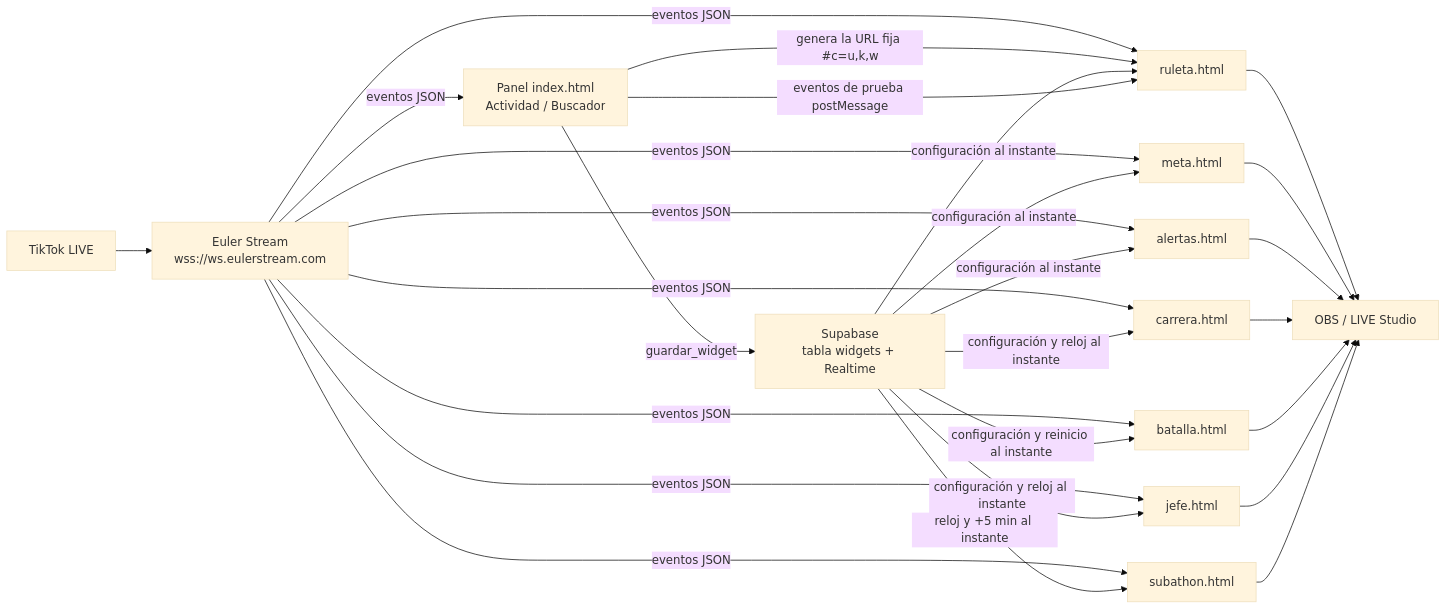
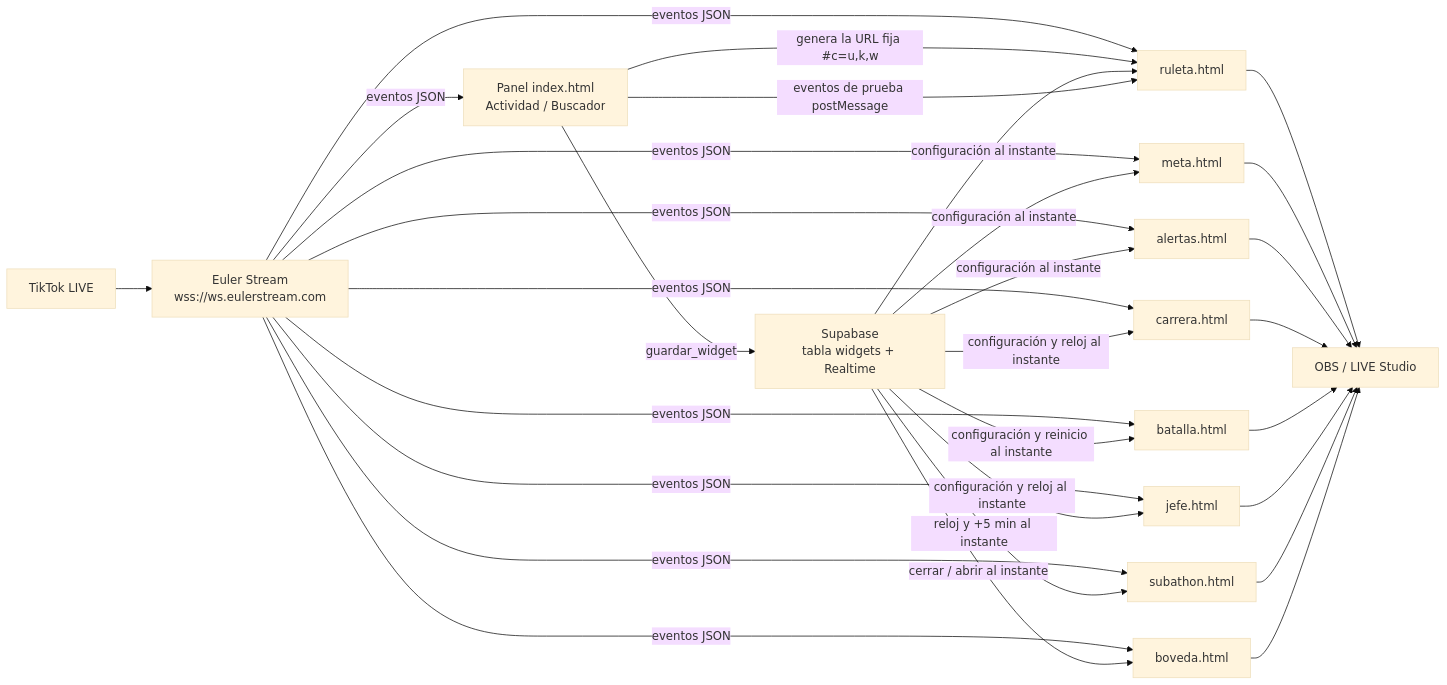
The first of 2 diagrams in README.md (ardiladev/live-tools), drawn with Mermaid (base theme) before and after one commit. The commit also changed other lines of this file and 6 other files, not shown here.

````diff
--- a/README.md
+++ b/README.md
@@ -119,29 +121,32 @@
 ```mermaid
 flowchart LR
   TT[TikTok LIVE] --> EU[Euler Stream<br/>wss://ws.eulerstream.com]
   EU -->|eventos JSON| W1[ruleta.html]
   EU -->|eventos JSON| W2[meta.html]
   EU -->|eventos JSON| W3[alertas.html]
   EU -->|eventos JSON| W4[carrera.html]
   EU -->|eventos JSON| W5[batalla.html]
   EU -->|eventos JSON| W6[jefe.html]
   EU -->|eventos JSON| W7[subathon.html]
+  EU -->|eventos JSON| W8[boveda.html]
   EU -->|eventos JSON| P[Panel index.html<br/>Actividad / Buscador]
   P -->|genera la URL fija #c=u,k,w| W1
   P -->|guardar_widget| SB[Supabase<br/>tabla widgets + Realtime]
   SB -->|configuración al instante| W1
   SB -->|configuración al instante| W2
   SB -->|configuración al instante| W3
   SB -->|configuración y reloj al instante| W4
   SB -->|configuración y reinicio al instante| W5
   SB -->|configuración y reloj al instante| W6
   SB -->|reloj y +5 min al instante| W7
+  SB -->|cerrar / abrir al instante| W8
   P -->|eventos de prueba postMessage| W1
   W1 --> OBS[OBS / LIVE Studio]
   W2 --> OBS
   W3 --> OBS
   W4 --> OBS
   W5 --> OBS
   W6 --> OBS
   W7 --> OBS
+  W8 --> OBS
 ```
````
